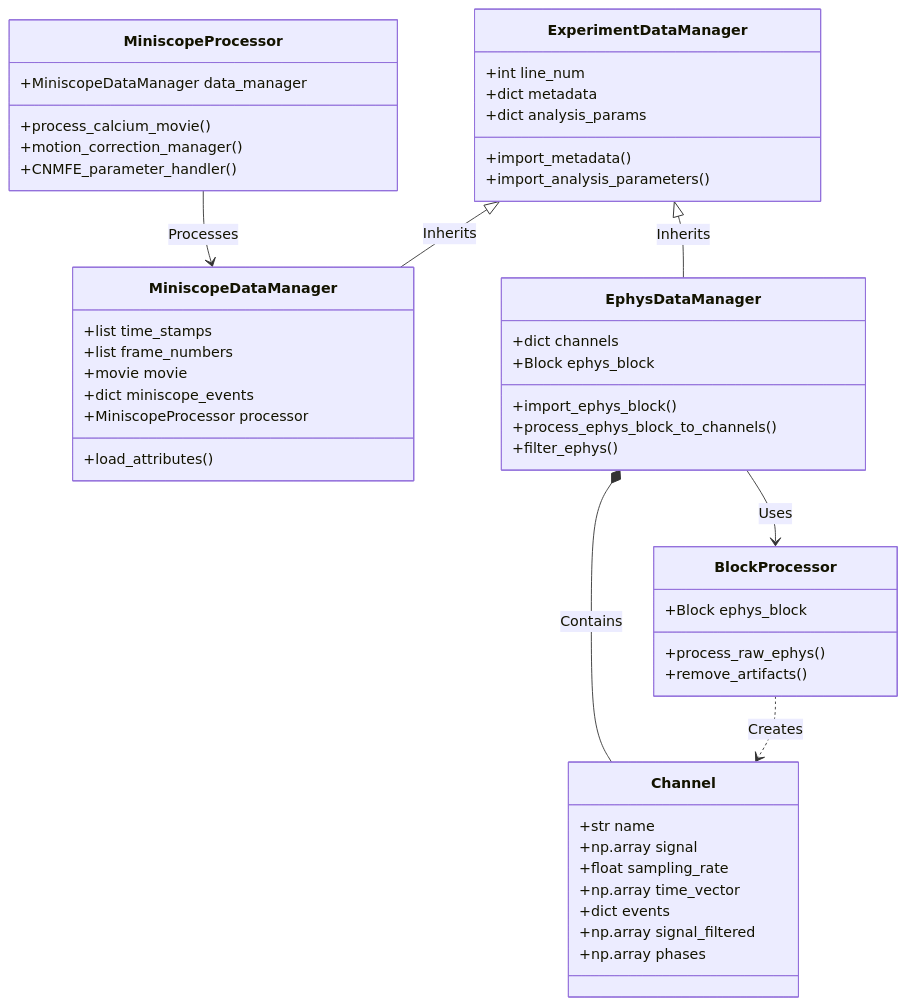
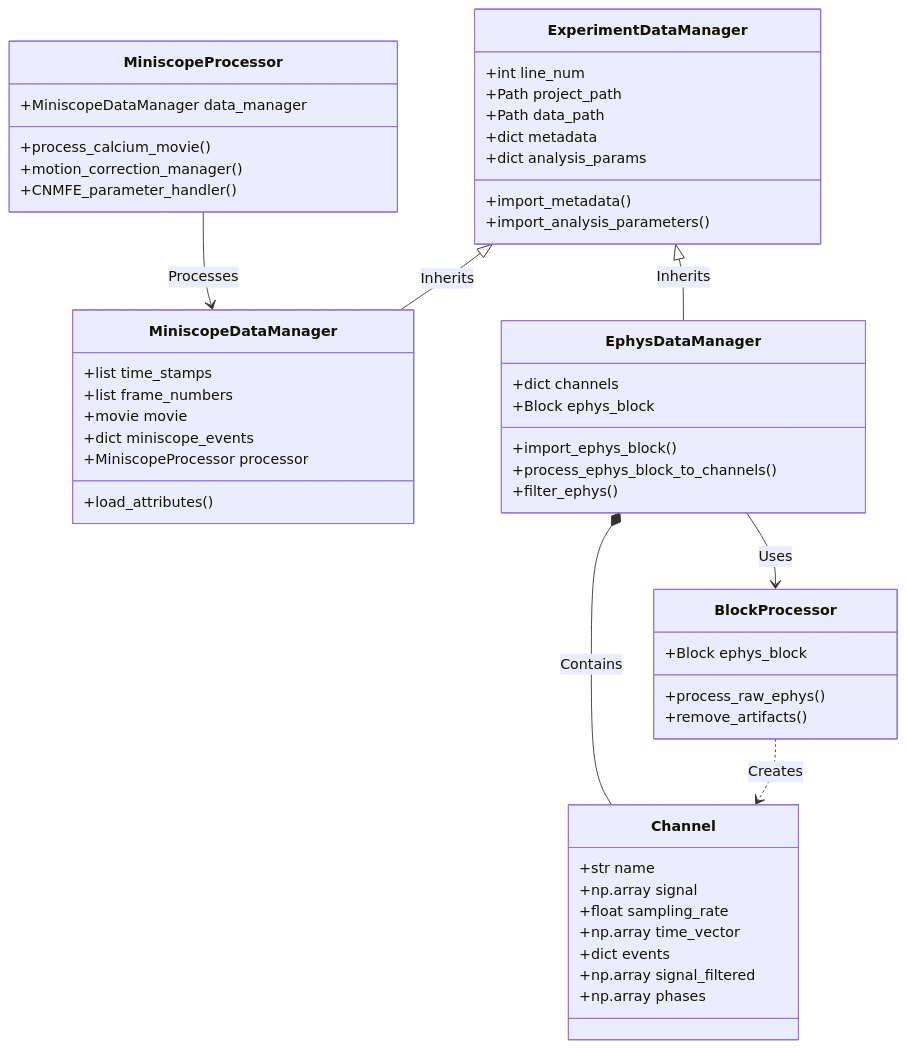
Before and after one commit to reedpen/ace: the diagram in README.md, drawn with Mermaid. The commit also changed other lines of this file and 239 other files, not shown here.

````diff
--- a/README.md
+++ b/README.md
@@ -22,57 +23,59 @@
 ```mermaid
 classDiagram
     class ExperimentDataManager {
         +int line_num
+        +Path project_path
+        +Path data_path
         +dict metadata
         +dict analysis_params
         +import_metadata()
         +import_analysis_parameters()
     }
 
     class MiniscopeDataManager {
         +list time_stamps
         +list frame_numbers
         +movie movie
         +dict miniscope_events
         +MiniscopeProcessor processor
         +load_attributes()
     }
 
     class EphysDataManager {
         +dict channels
         +Block ephys_block
         +import_ephys_block()
         +process_ephys_block_to_channels()
         +filter_ephys()
     }
 
     class Channel {
         +str name
         +np.array signal
         +float sampling_rate
         +np.array time_vector
         +dict events
         +np.array signal_filtered
         +np.array phases
     }
 
     class MiniscopeProcessor {
         +MiniscopeDataManager data_manager
         +process_calcium_movie()
         +motion_correction_manager()
         +CNMFE_parameter_handler()
     }
 
     class BlockProcessor {
         +Block ephys_block
         +process_raw_ephys()
         +remove_artifacts()
     }
 
     ExperimentDataManager <|-- MiniscopeDataManager : Inherits
     ExperimentDataManager <|-- EphysDataManager : Inherits
     EphysDataManager --> BlockProcessor : Uses
     BlockProcessor ..> Channel : Creates
     EphysDataManager *-- Channel : Contains
     MiniscopeProcessor --> MiniscopeDataManager : Processes
 ```
````
